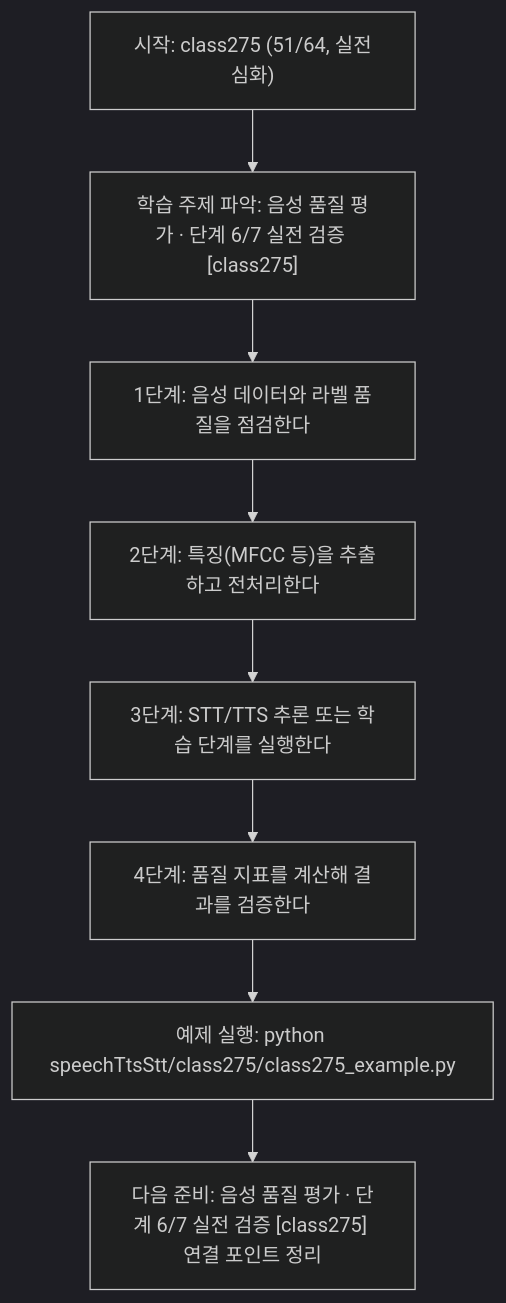
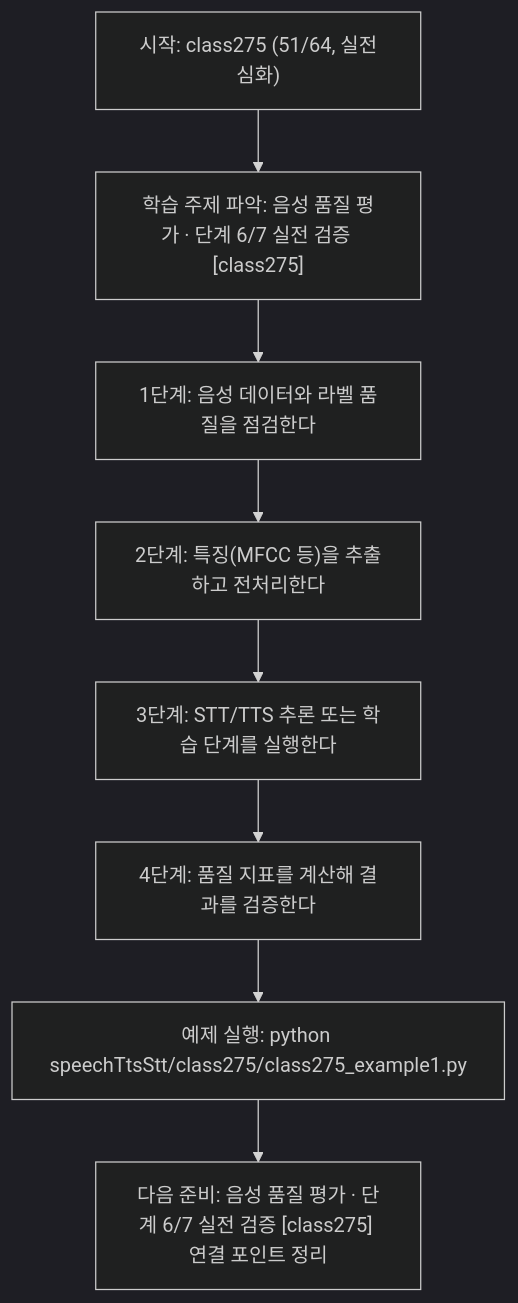
The diagram in speechTtsStt/class275/class275.md (edumgt/Python-AI_Agent-Class), drawn with Mermaid (dark theme) before and after one commit. The commit also changed other lines of this file and 2959 other files, not shown here.

````diff
--- a/speechTtsStt/class275/class275.md
+++ b/speechTtsStt/class275/class275.md
@@ -114,18 +114,18 @@
 ```mermaid
 flowchart TD
 N1["시작: class275 (51/64, 실전심화)"]
 N2["학습 주제 파악: 음성 품질 평가 · 단계 6/7 실전 검증 [class275]"]
 N3["1단계: 음성 데이터와 라벨 품질을 점검한다"]
 N4["2단계: 특징(MFCC 등)을 추출하고 전처리한다"]
 N5["3단계: STT/TTS 추론 또는 학습 단계를 실행한다"]
 N6["4단계: 품질 지표를 계산해 결과를 검증한다"]
-N7["예제 실행: python speechTtsStt/class275/class275_example.py"]
+N7["예제 실행: python speechTtsStt/class275/class275_example1.py"]
 N8["다음 준비: 음성 품질 평가 · 단계 6/7 실전 검증 [class275] 연결 포인트 정리"]
 N1 --> N2
 N2 --> N3
 N3 --> N4
 N4 --> N5
 N5 --> N6
 N6 --> N7
 N7 --> N8
 ```
````
